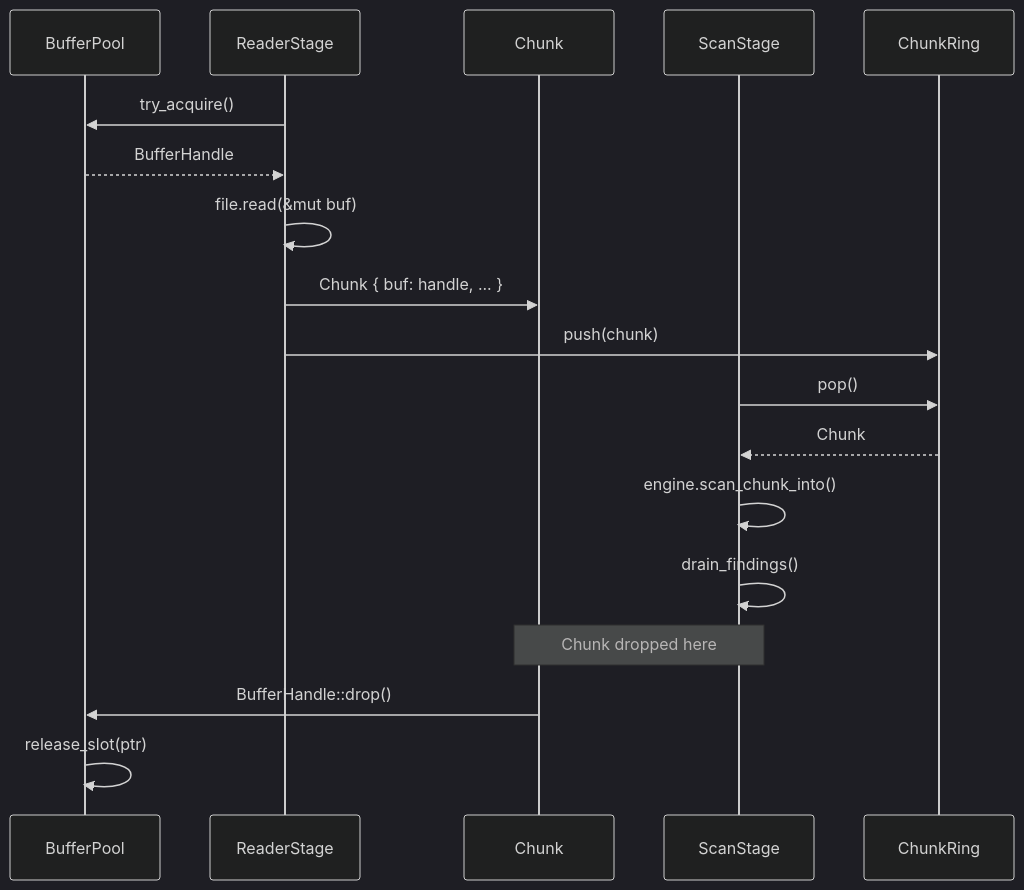
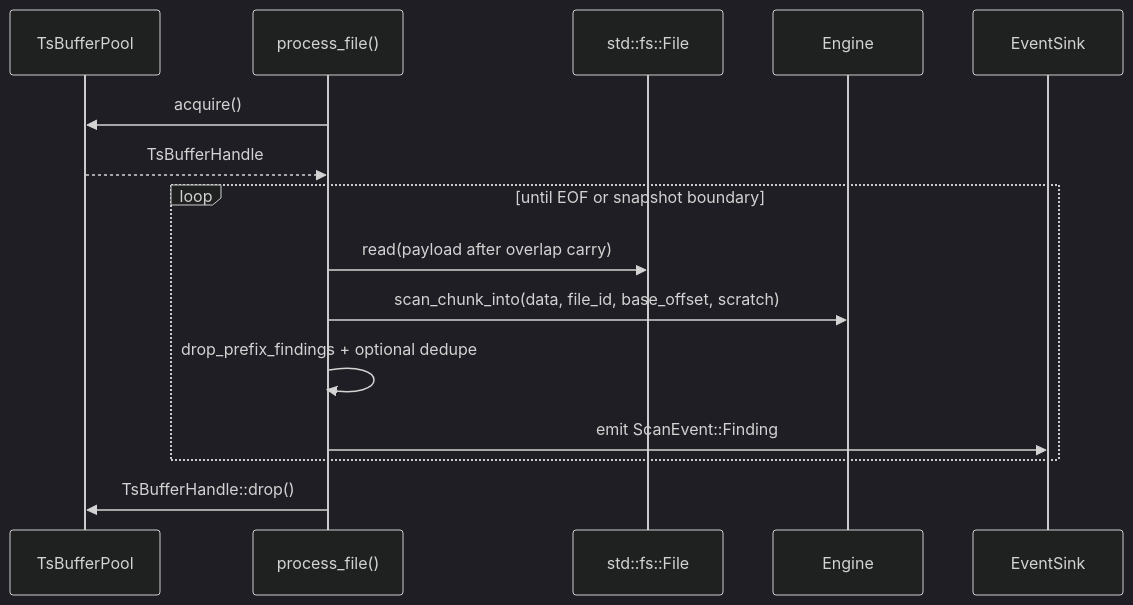
Before and after one commit to ahrav/scratch-scanner-rs: the second of 2 diagrams in docs/pipeline-flow.md, drawn with Mermaid (dark theme). The commit also changed other lines of this file and 6 other files, not shown here.

````diff
--- a/docs/pipeline-flow.md
+++ b/docs/pipeline-flow.md
@@ -124,21 +60,18 @@
 ```mermaid
 sequenceDiagram
-    participant Pool as BufferPool
-    participant Reader as ReaderStage
-    participant Chunk as Chunk
-    participant Scanner as ScanStage
+    participant Pool as TsBufferPool
+    participant Worker as process_file()
+    participant File as std::fs::File
+    participant Engine as Engine
+    participant Sink as EventSink
 
-    Reader->>Pool: try_acquire()
-    Pool-->>Reader: BufferHandle
-    Reader->>Reader: file.read(&mut buf)
-    Reader->>Chunk: Chunk { buf: handle, ... }
-    Reader->>ChunkRing: push(chunk)
-
-    Scanner->>ChunkRing: pop()
-    ChunkRing-->>Scanner: Chunk
-    Scanner->>Scanner: engine.scan_chunk_into()
-    Scanner->>Scanner: drain_findings()
-    Note over Scanner,Chunk: Chunk dropped here
-    Chunk->>Pool: BufferHandle::drop()
-    Pool->>Pool: release_slot(ptr)
+    Worker->>Pool: acquire()
+    Pool-->>Worker: TsBufferHandle
+    loop until EOF or snapshot boundary
+        Worker->>File: read(payload after overlap carry)
+        Worker->>Engine: scan_chunk_into(data, file_id, base_offset, scratch)
+        Worker->>Worker: drop_prefix_findings + optional dedupe
+        Worker->>Sink: emit ScanEvent::Finding
+    end
+    Worker->>Pool: TsBufferHandle::drop()
 ```
````
